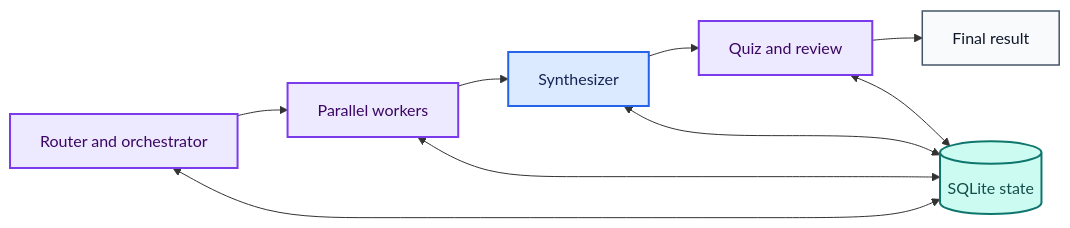
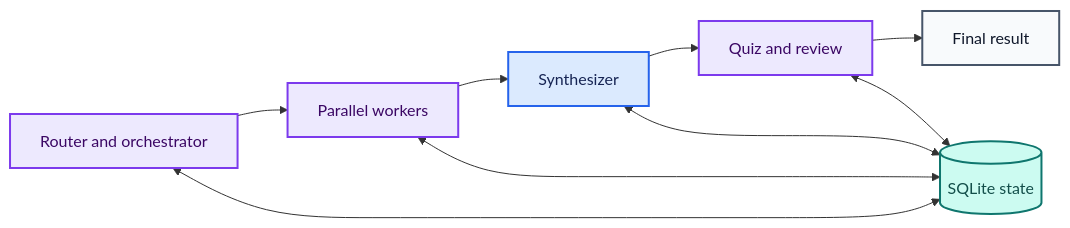
One commit to anne500/multi-agent-study-guide changed diagram 12 of 20 in docs/ARCHITECTURE.md. Above: the diagram before and after it, drawn with Mermaid. The commit also changed other lines of this file, not shown here.

Commit message:
Apply shared architecture colors and visual conventions

````diff
--- a/docs/ARCHITECTURE.md
+++ b/docs/ARCHITECTURE.md
@@ -288,19 +356,24 @@
 ```mermaid
 flowchart LR
     A[Router and orchestrator] --> B[Parallel workers]
     B --> C[Synthesizer]
     C --> D[Quiz and review]
     D --> E[Final result]
     A <--> F[(SQLite state)]
     B <--> F
     C <--> F
     D <--> F
 
-    classDef default fill:#F8FAFC,stroke:#475569,color:#0F172A,stroke-width:1.5px;
+    %% Shared architecture palette: see VISUAL_STYLE.md
+    classDef default fill:#F8FAFC,stroke:#475569,color:#0F172A,stroke-width:2px;
+    classDef process fill:#DBEAFE,stroke:#2563EB,color:#172554,stroke-width:2px;
     classDef model fill:#EDE9FE,stroke:#7C3AED,color:#3B0764,stroke-width:2px;
+    classDef store fill:#CCFBF1,stroke:#0F766E,color:#134E4A,stroke-width:2px;
+    classDef decision fill:#FEF3C7,stroke:#B45309,color:#78350F,stroke-width:2px;
+    classDef human fill:#FFEDD5,stroke:#C2410C,color:#7C2D12,stroke-width:2px;
+    classDef output fill:#DCFCE7,stroke:#15803D,color:#14532D,stroke-width:2px;
+    classDef failure fill:#FEE2E2,stroke:#B91C1C,color:#7F1D1D,stroke-width:2px;
+    class C process;
     class A,B,D model;
-    classDef logic fill:#DBEAFE,stroke:#2563EB,color:#172554,stroke-width:2px;
-    class C logic;
-    classDef store fill:#CCFBF1,stroke:#0F766E,color:#134E4A,stroke-width:2px;
     class F store;
 ```
````
